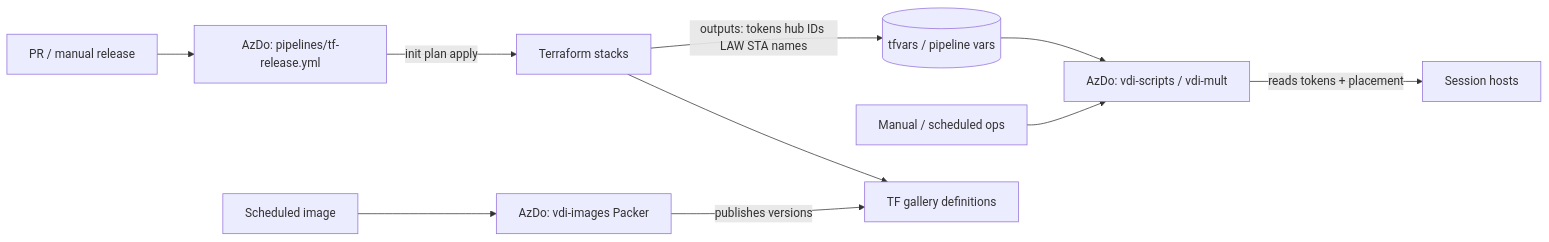
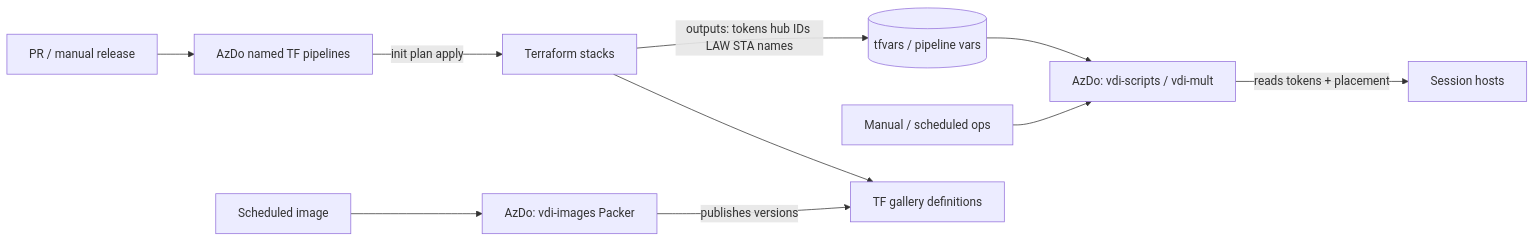
Before and after one commit to RootsReps420/AZ-2.0: the fifth of 6 diagrams in docs/dummies-guide.md, drawn with Mermaid. The commit also changed other lines of this file and 26 other files, not shown here.

Commit message:
- Pipeline split out into granular deployments. - added: tf-vWAN-Deployment.yml tf-Hub-Deployment.yml tf-Hub-Management-Deployment.yml tf-AVD-Labs-Deployment.yml tf-AVD-Hostpool-Deployment.yml - updated wrapper yaml files tf-release.yml, tf-igmf-release.yml, - Updated ReadMEs

````diff
--- a/docs/dummies-guide.md
+++ b/docs/dummies-guide.md
@@ -364,14 +364,14 @@
 ```mermaid
 flowchart LR
-  PR[PR / manual release] --> TFP[AzDo: pipelines/tf-release.yml]
+  PR[PR / manual release] --> TFP[AzDo named TF pipelines]
   TFP -->|init plan apply| TF[Terraform stacks]
   TF -->|outputs: tokens hub IDs LAW STA names| OUT[(tfvars / pipeline vars)]
 
   MAN[Manual / scheduled ops] --> OPS[AzDo: vdi-scripts / vdi-mult]
   OPS -->|reads tokens + placement| VM[Session hosts]
   OUT --> OPS
 
   SCH[Scheduled image] --> IMG[AzDo: vdi-images Packer]
   IMG -->|publishes versions| GAL[TF gallery definitions]
   TF --> GAL
 ```
````
